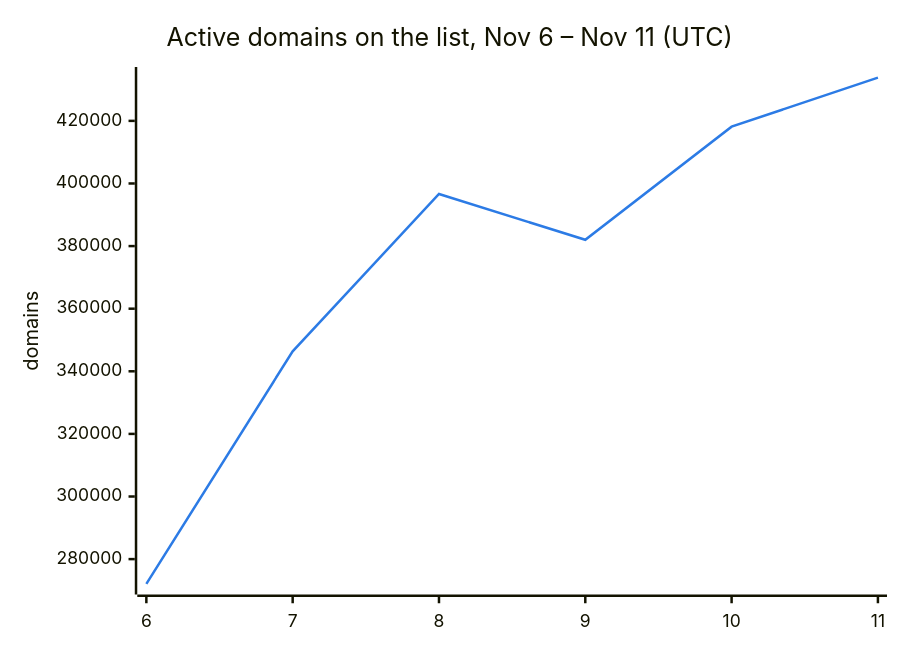
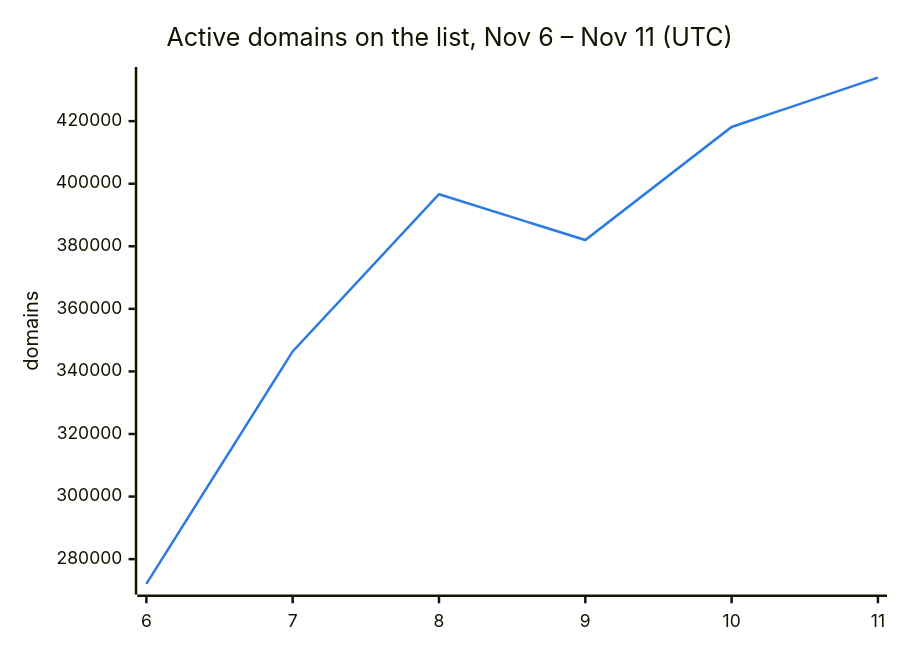
The second of 3 diagrams in README.md (DNSBunker/CTI), drawn with Mermaid before and after one commit. The commit also changed other lines of this file and 3 other files, not shown here.

````diff
--- a/README.md
+++ b/README.md
@@ -38,8 +38,8 @@
 ```mermaid
 %%{init: {"themeVariables": {"xyChart": {"plotColorPalette": "#2c7be5"}}}}%%
 xychart-beta
     title "Active domains on the list, Nov 6 – Nov 11 (UTC)"
     x-axis ["6", "7", "8", "9", "10", "11"]
     y-axis "domains"
-    line [272088, 346388, 396638, 382009, 418143, 433816]
+    line [272088, 346388, 396638, 382009, 418143, 433909]
 ```
````
